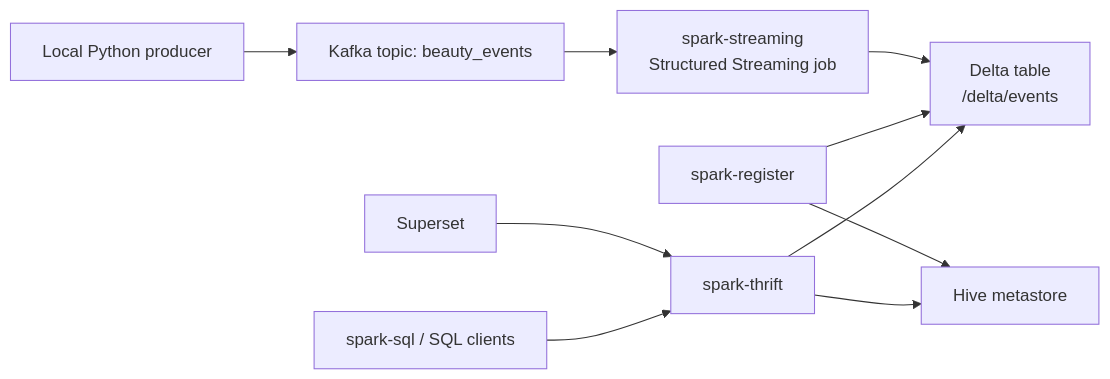
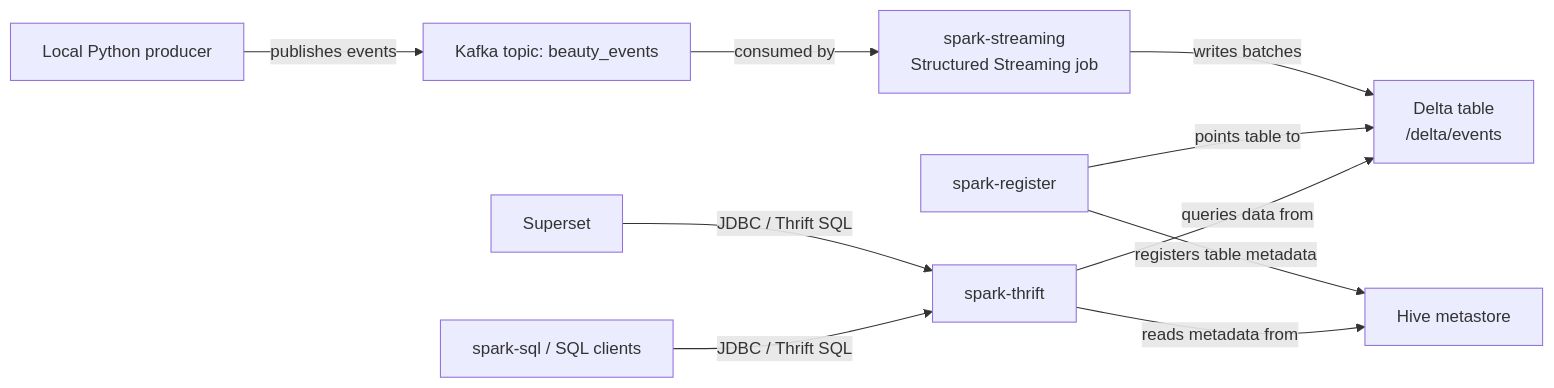
One commit to leninworld/kafka-streaming-pipeline-delta-lake changed the diagram in README.md. Above: the diagram before and after it, drawn with Mermaid.

Commit message:
readable diagam

````diff
--- a/README.md
+++ b/README.md
@@ -7,12 +7,12 @@
 ```mermaid
 flowchart LR
-    P["Local Python producer"] --> K["Kafka topic: beauty_events"]
-    K --> S["spark-streaming\nStructured Streaming job"]
-    S --> D["Delta table\n/delta/events"]
-    R["spark-register"] --> M["Hive metastore"]
-    R --> D
-    T["spark-thrift"] --> M
-    T --> D
-    U["Superset"] --> T
-    Q["spark-sql / SQL clients"] --> T
+    producer["Local Python producer"] -->|"publishes events"| kafka["Kafka topic: beauty_events"]
+    kafka -->|"consumed by"| streaming["spark-streaming\nStructured Streaming job"]
+    streaming -->|"writes batches"| delta["Delta table\n/delta/events"]
+    register["spark-register"] -->|"registers table metadata"| metastore["Hive metastore"]
+    register -->|"points table to"| delta
+    thrift["spark-thrift"] -->|"reads metadata from"| metastore
+    thrift -->|"queries data from"| delta
+    superset["Superset"] -->|"JDBC / Thrift SQL"| thrift
+    sqlclients["spark-sql / SQL clients"] -->|"JDBC / Thrift SQL"| thrift
 ```
````
